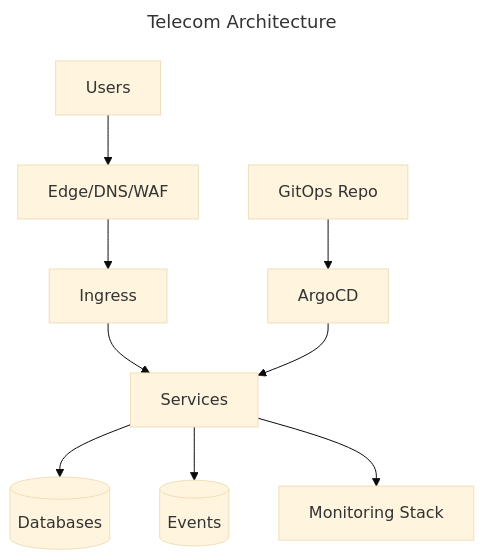
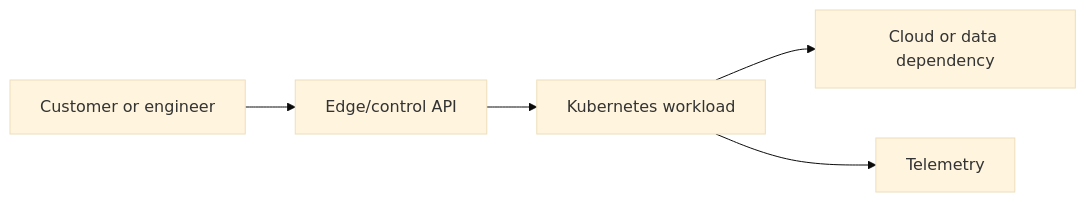
One commit to m1mohamad/devops-sre-prep changed the third of 8 diagrams in docs/simulator/index.md. Above: the diagram before and after it, drawn with Mermaid (base theme). The commit also changed other lines of this file and 100 other files, not shown here.

````diff
--- a/docs/simulator/index.md
+++ b/docs/simulator/index.md
@@ -1659,14 +174,7 @@
 ```mermaid
----
-title: Telecom Architecture
----
-flowchart TB
-  Users-->Edge[Edge/DNS/WAF]
-  Edge-->Ingress
-  Ingress-->Services
-  Services-->Data[(Databases)]
-  Services-->Queue[(Events)]
-  Services-->Obs[Monitoring Stack]
-  Git[GitOps Repo]-->Argo[ArgoCD]
-  Argo-->Services
+flowchart LR
+  User3[Customer or engineer] --> Edge3[Edge/control API]
+  Edge3 --> Work3[Kubernetes workload]
+  Work3 --> Dep3[Cloud or data dependency]
+  Work3 --> Obs3[Telemetry]
 ```
````
